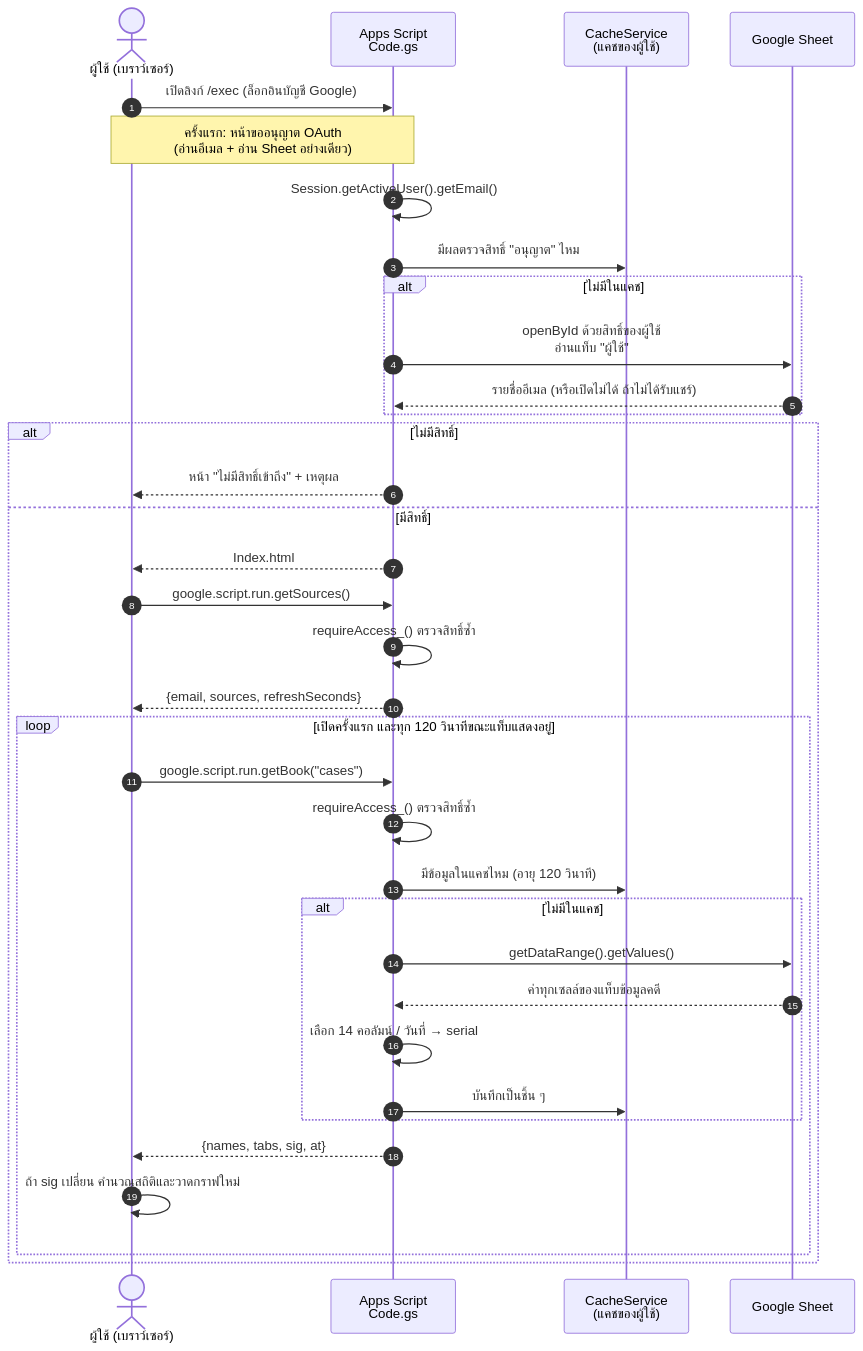
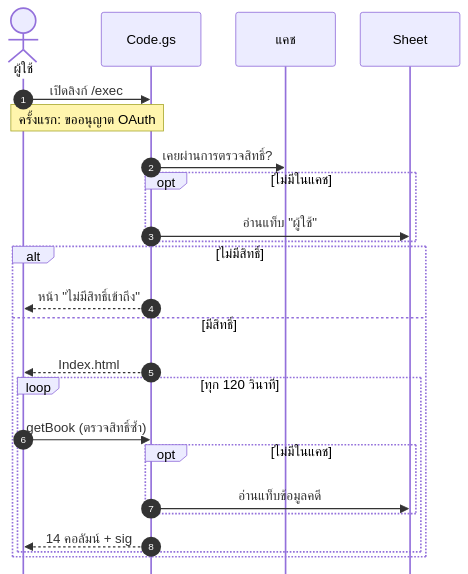
One commit to wongstorn298-cloud/blank-app changed the second of 3 diagrams in thesis/drafts/03-การออกแบบระบบ.md. Above: the diagram before and after it, drawn with Mermaid. The commit also changed other lines of this file and 2 other files, not shown here.

````diff
--- a/thesis/drafts/03-การออกแบบระบบ.md
+++ b/thesis/drafts/03-การออกแบบระบบ.md
@@ -310,37 +321,27 @@
 ```mermaid
+%%{init: {"sequence": {"actorMargin": 30, "width": 120, "messageMargin": 22, "boxMargin": 6, "noteMargin": 6, "mirrorActors": false, "wrap": true}}}%%
 sequenceDiagram
   autonumber
-  actor U as ผู้ใช้ (เบราว์เซอร์)
-  participant W as Apps Script<br/>Code.gs
-  participant C as CacheService<br/>(แคชของผู้ใช้)
-  participant S as Google Sheet
-  U->>W: เปิดลิงก์ /exec (ล็อกอินบัญชี Google)
-  Note over U,W: ครั้งแรก: หน้าขออนุญาต OAuth<br/>(อ่านอีเมล + อ่าน Sheet อย่างเดียว)
-  W->>W: Session.getActiveUser().getEmail()
-  W->>C: มีผลตรวจสิทธิ์ "อนุญาต" ไหม
-  alt ไม่มีในแคช
-    W->>S: openById ด้วยสิทธิ์ของผู้ใช้<br/>อ่านแท็บ "ผู้ใช้"
-    S-->>W: รายชื่ออีเมล (หรือเปิดไม่ได้ ถ้าไม่ได้รับแชร์)
+  actor U as ผู้ใช้
+  participant W as Code.gs
+  participant C as แคช
+  participant S as Sheet
+  U->>W: เปิดลิงก์ /exec
+  Note over U,W: ครั้งแรก: ขออนุญาต OAuth
+  W->>C: เคยผ่านการตรวจสิทธิ์?
+  opt ไม่มีในแคช
+    W->>S: อ่านแท็บ "ผู้ใช้"
   end
   alt ไม่มีสิทธิ์
-    W-->>U: หน้า "ไม่มีสิทธิ์เข้าถึง" + เหตุผล
+    W-->>U: หน้า "ไม่มีสิทธิ์เข้าถึง"
   else มีสิทธิ์
     W-->>U: Index.html
-    U->>W: google.script.run.getSources()
-    W->>W: requireAccess_() ตรวจสิทธิ์ซ้ำ
-    W-->>U: {email, sources, refreshSeconds}
-    loop เปิดครั้งแรก และทุก 120 วินาทีขณะแท็บแสดงอยู่
-      U->>W: google.script.run.getBook("cases")
-      W->>W: requireAccess_() ตรวจสิทธิ์ซ้ำ
-      W->>C: มีข้อมูลในแคชไหม (อายุ 120 วินาที)
-      alt ไม่มีในแคช
-        W->>S: getDataRange().getValues()
-        S-->>W: ค่าทุกเซลล์ของแท็บข้อมูลคดี
-        W->>W: เลือก 14 คอลัมน์ / วันที่ → serial
-        W->>C: บันทึกเป็นชิ้น ๆ
+    loop ทุก 120 วินาที
+      U->>W: getBook (ตรวจสิทธิ์ซ้ำ)
+      opt ไม่มีในแคช
+        W->>S: อ่านแท็บข้อมูลคดี
       end
-      W-->>U: {names, tabs, sig, at}
-      U->>U: ถ้า sig เปลี่ยน คำนวณสถิติและวาดกราฟใหม่
+      W-->>U: 14 คอลัมน์ + sig
     end
   end
 ```
````
